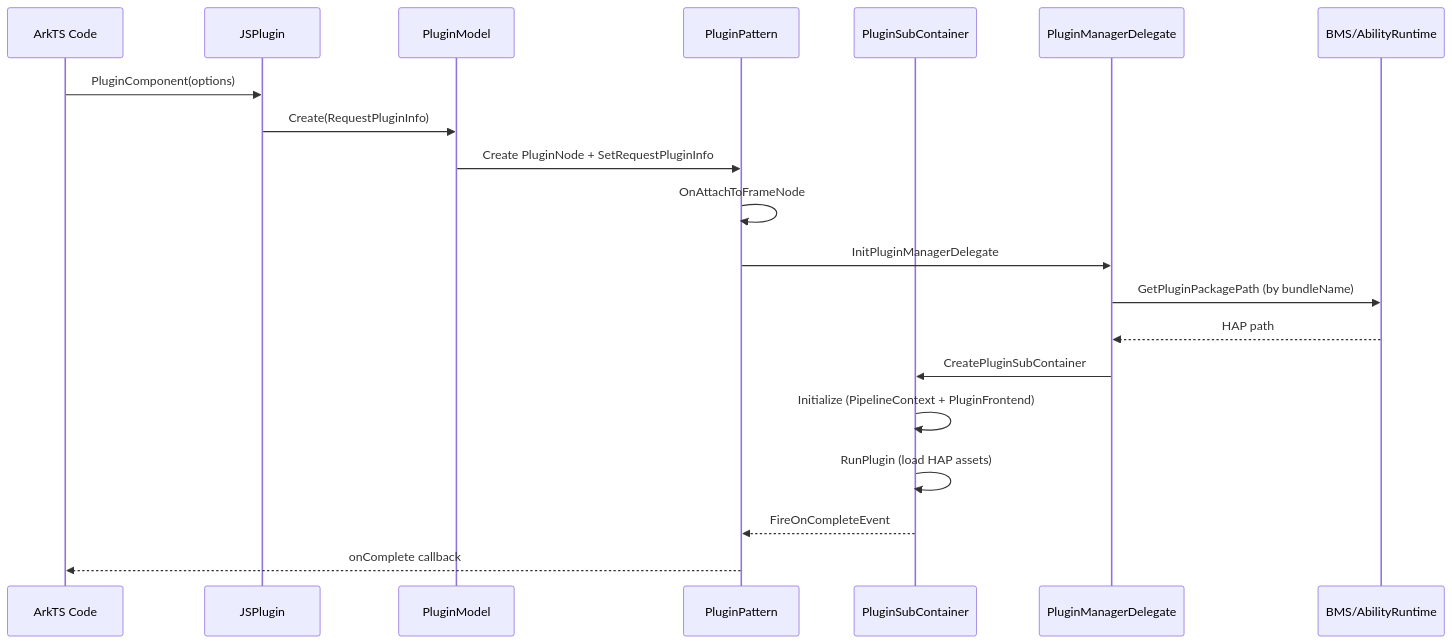
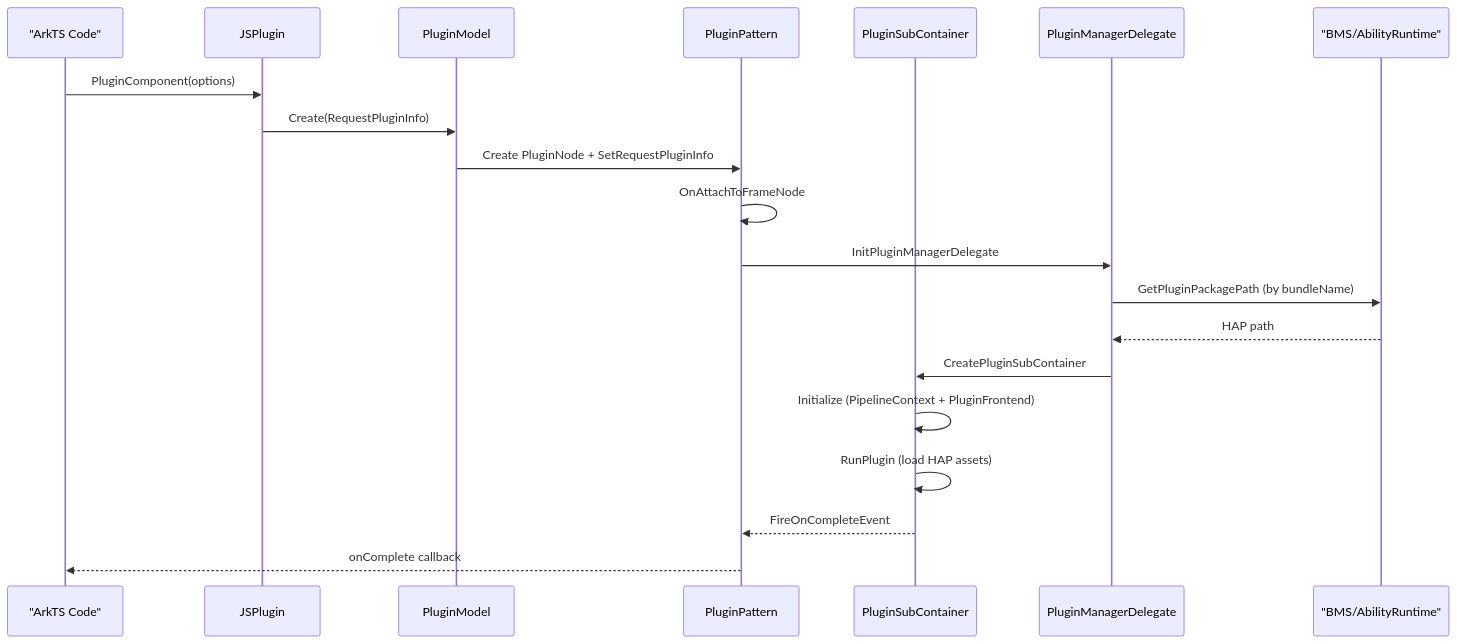
One commit to cleeshark/arkui_specs changed the second of 2 diagrams in 05-ui-components/12-embedded-display-components/01-plugin-component/design.md. Above: the diagram before and after it, drawn with Mermaid. The commit also changed 5 other files, not shown here.

Commit message:
fix: repair all mermaid sequenceDiagram rendering issues across embedded components design.md

````diff
--- a/05-ui-components/12-embedded-display-components/01-plugin-component/design.md
+++ b/05-ui-components/12-embedded-display-components/01-plugin-component/design.md
@@ -184,23 +184,23 @@
 ```mermaid
 sequenceDiagram
-    participant ArkTS as ArkTS Code
+    participant ArkTS as "ArkTS Code"
     participant JSP as JSPlugin
     participant PM as PluginModel
     participant PP as PluginPattern
     participant PSC as PluginSubContainer
     participant PMD as PluginManagerDelegate
-    participant BMS as BMS/AbilityRuntime
+    participant BMS as "BMS/AbilityRuntime"
 
     ArkTS->>JSP: PluginComponent(options)
     JSP->>PM: Create(RequestPluginInfo)
     PM->>PP: Create PluginNode + SetRequestPluginInfo
     PP->>PP: OnAttachToFrameNode
     PP->>PMD: InitPluginManagerDelegate
     PMD->>BMS: GetPluginPackagePath (by bundleName)
     BMS-->>PMD: HAP path
     PMD->>PSC: CreatePluginSubContainer
     PSC->>PSC: Initialize (PipelineContext + PluginFrontend)
     PSC->>PSC: RunPlugin (load HAP assets)
     PSC-->>PP: FireOnCompleteEvent
     PP-->>ArkTS: onComplete callback
 ```
````
